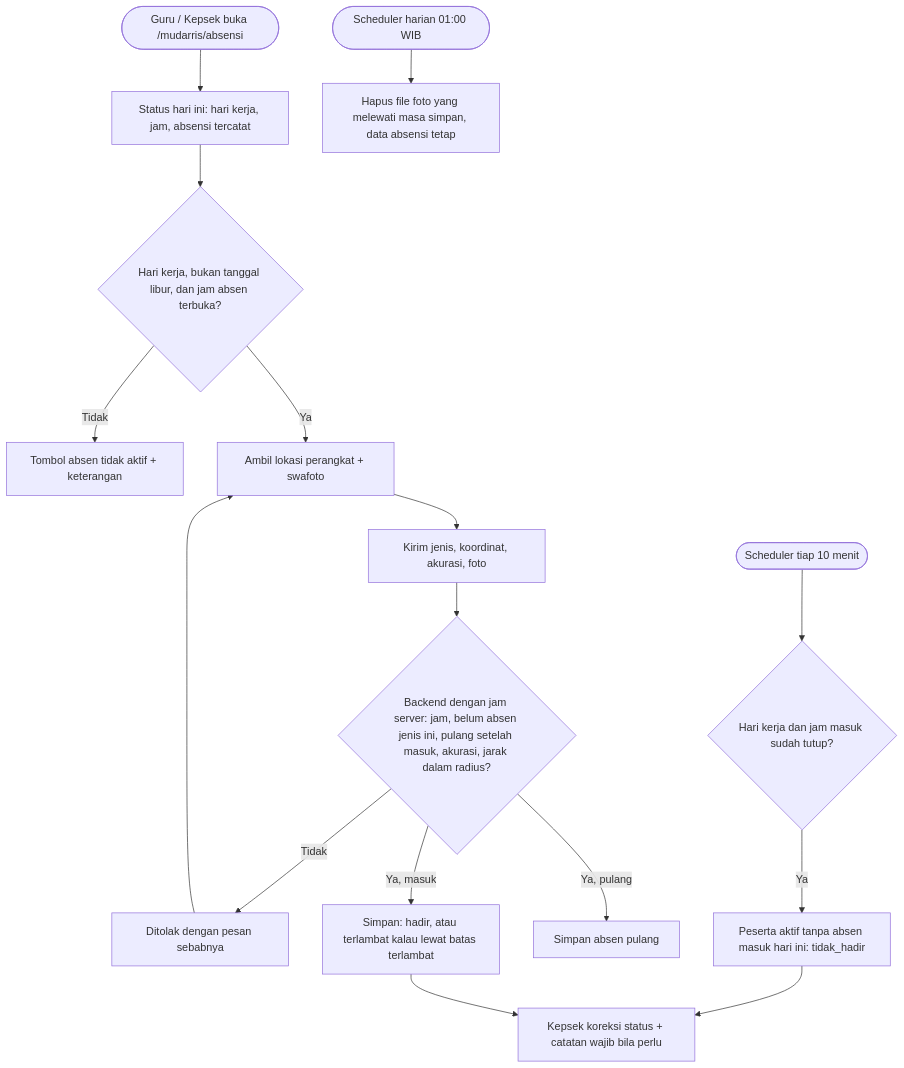
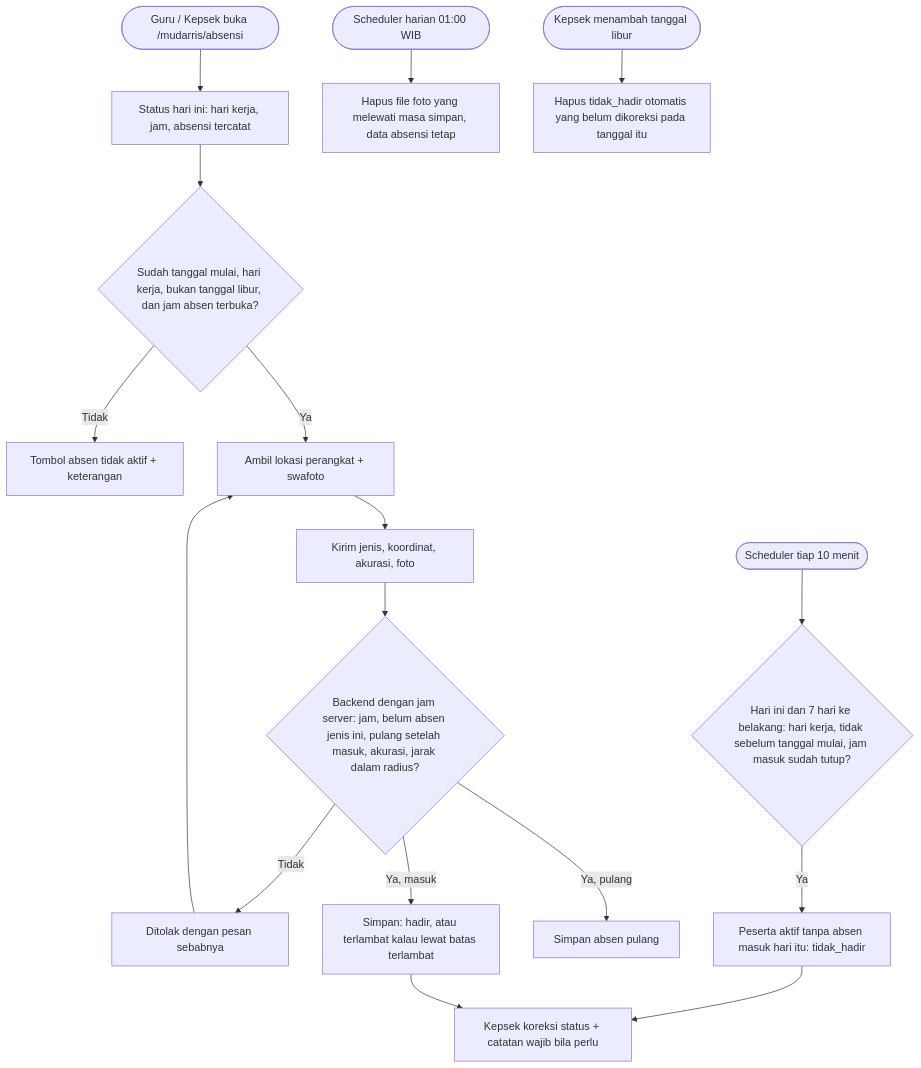
One commit to Keyanffz/TK_TA8_BE changed the sixth of 6 diagrams in PROMPT_BE_TK.md. Above: the diagram before and after it, drawn with Mermaid. The commit also changed other lines of this file and 16 other files, not shown here.

First line of the commit message:
feat(absensi): tanggal mulai absensi dan pembersihan tidak hadir di tanggal libur baru

````diff
--- a/PROMPT_BE_TK.md
+++ b/PROMPT_BE_TK.md
@@ -415,18 +416,19 @@
 ```mermaid
 flowchart TD
     A([Guru / Kepsek buka /mudarris/absensi]) --> B[Status hari ini: hari kerja, jam, absensi tercatat]
-    B --> C{Hari kerja, bukan tanggal libur, dan jam absen terbuka?}
+    B --> C{Sudah tanggal mulai, hari kerja, bukan tanggal libur, dan jam absen terbuka?}
     C -->|Tidak| D[Tombol absen tidak aktif + keterangan]
     C -->|Ya| E[Ambil lokasi perangkat + swafoto]
     E --> F[Kirim jenis, koordinat, akurasi, foto]
     F --> G{Backend dengan jam server: jam, belum absen jenis ini, pulang setelah masuk, akurasi, jarak dalam radius?}
     G -->|Tidak| H[Ditolak dengan pesan sebabnya]
     H --> E
     G -->|Ya, masuk| I[Simpan: hadir, atau terlambat kalau lewat batas terlambat]
     G -->|Ya, pulang| J[Simpan absen pulang]
-    K([Scheduler tiap 10 menit]) --> L{Hari kerja dan jam masuk sudah tutup?}
-    L -->|Ya| M[Peserta aktif tanpa absen masuk hari ini: tidak_hadir]
+    K([Scheduler tiap 10 menit]) --> L{Hari ini dan 7 hari ke belakang: hari kerja, tidak sebelum tanggal mulai, jam masuk sudah tutup?}
+    L -->|Ya| M[Peserta aktif tanpa absen masuk hari itu: tidak_hadir]
     M --> N[Kepsek koreksi status + catatan wajib bila perlu]
     I --> N
     O([Scheduler harian 01:00 WIB]) --> P[Hapus file foto yang melewati masa simpan, data absensi tetap]
+    Q([Kepsek menambah tanggal libur]) --> R[Hapus tidak_hadir otomatis yang belum dikoreksi pada tanggal itu]
 ```
````
